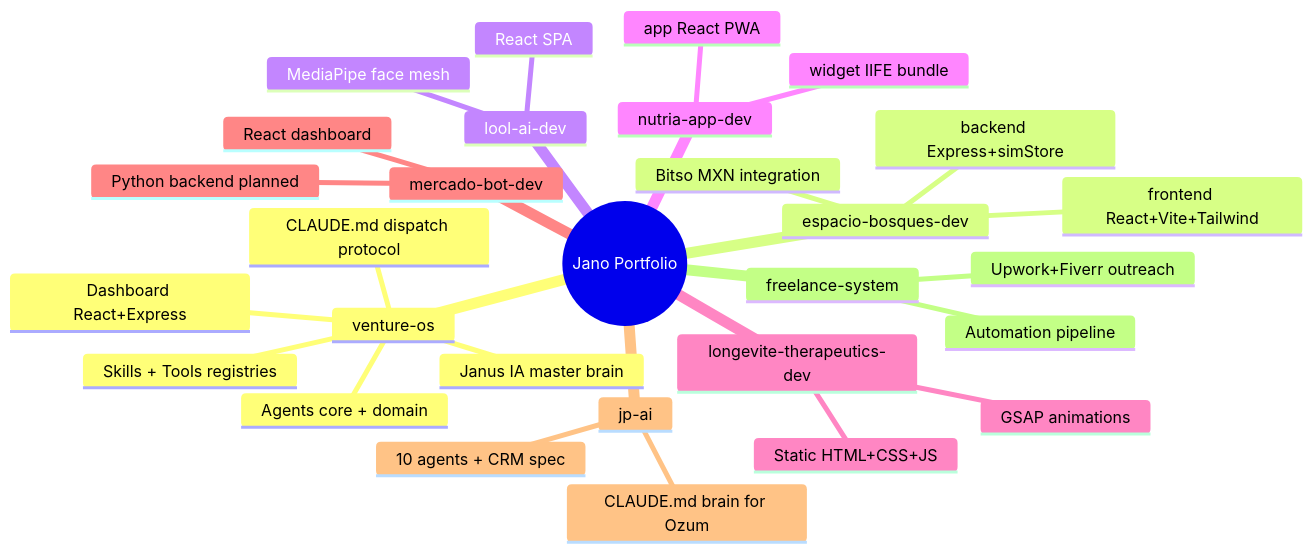
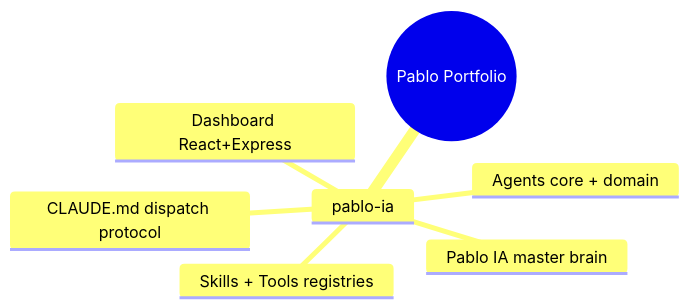
The first of 2 diagrams in PORTFOLIO-MAP.md (salasoliva27/pablo-ia), drawn with Mermaid before and after one commit. The commit also changed other lines of this file and 70 other files, not shown here.

````diff
--- a/PORTFOLIO-MAP.md
+++ b/PORTFOLIO-MAP.md
@@ -10,32 +11,10 @@
 ```mermaid
 mindmap
-  root((Jano Portfolio))
-    venture-os
-      Janus IA master brain
+  root((Pablo Portfolio))
+    pablo-ia
+      Pablo IA master brain
       CLAUDE.md dispatch protocol
       Agents core + domain
       Skills + Tools registries
       Dashboard React+Express
-    espacio-bosques-dev
-      frontend React+Vite+Tailwind
-      backend Express+simStore
-      Bitso MXN integration
-    lool-ai-dev
-      React SPA
-      MediaPipe face mesh
-    nutria-app-dev
-      app React PWA
-      widget IIFE bundle
-    longevite-therapeutics-dev
-      Static HTML+CSS+JS
-      GSAP animations
-    mercado-bot-dev
-      React dashboard
-      Python backend planned
-    jp-ai
-      CLAUDE.md brain for Ozum
-      10 agents + CRM spec
-    freelance-system
-      Automation pipeline
-      Upwork+Fiverr outreach
 ```
````
